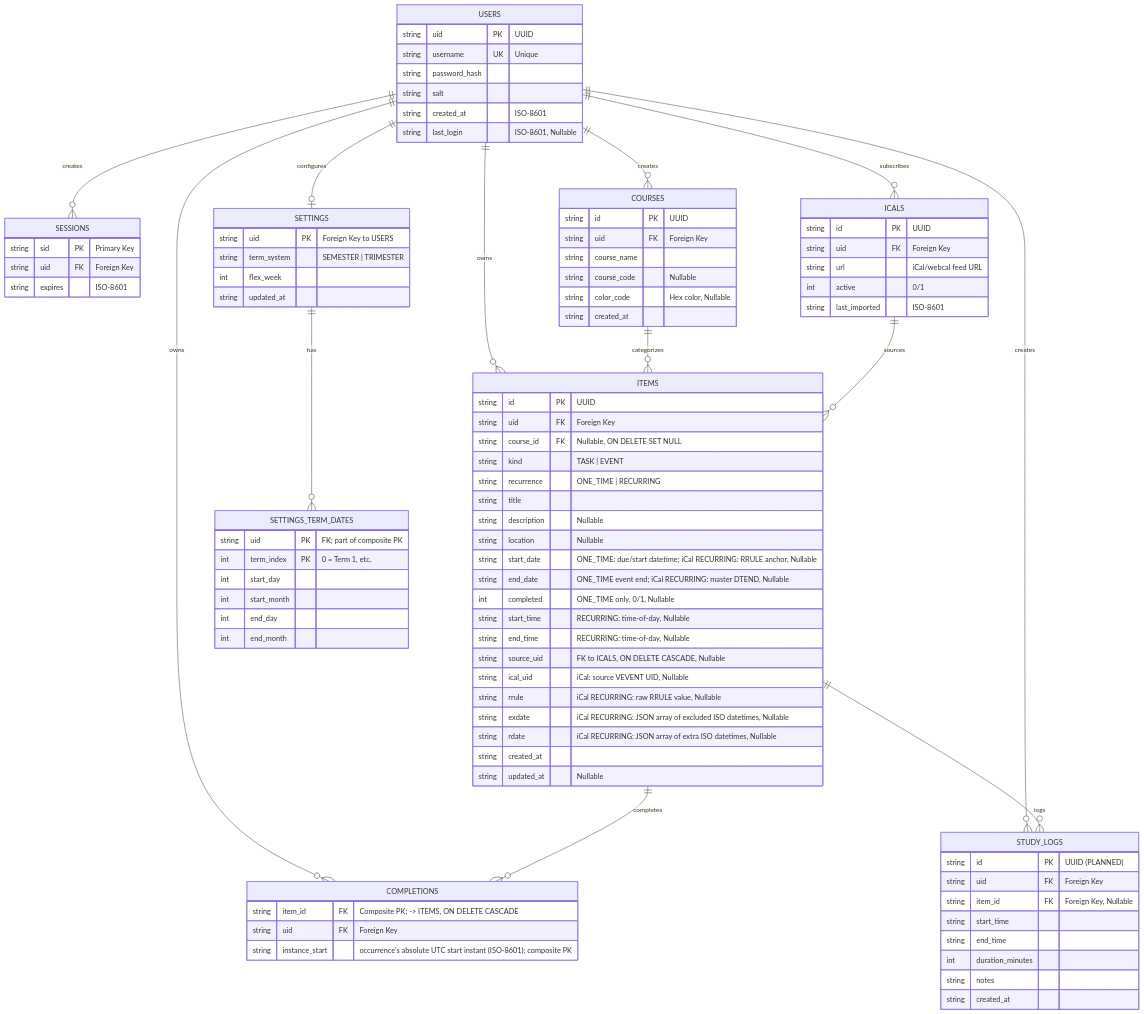
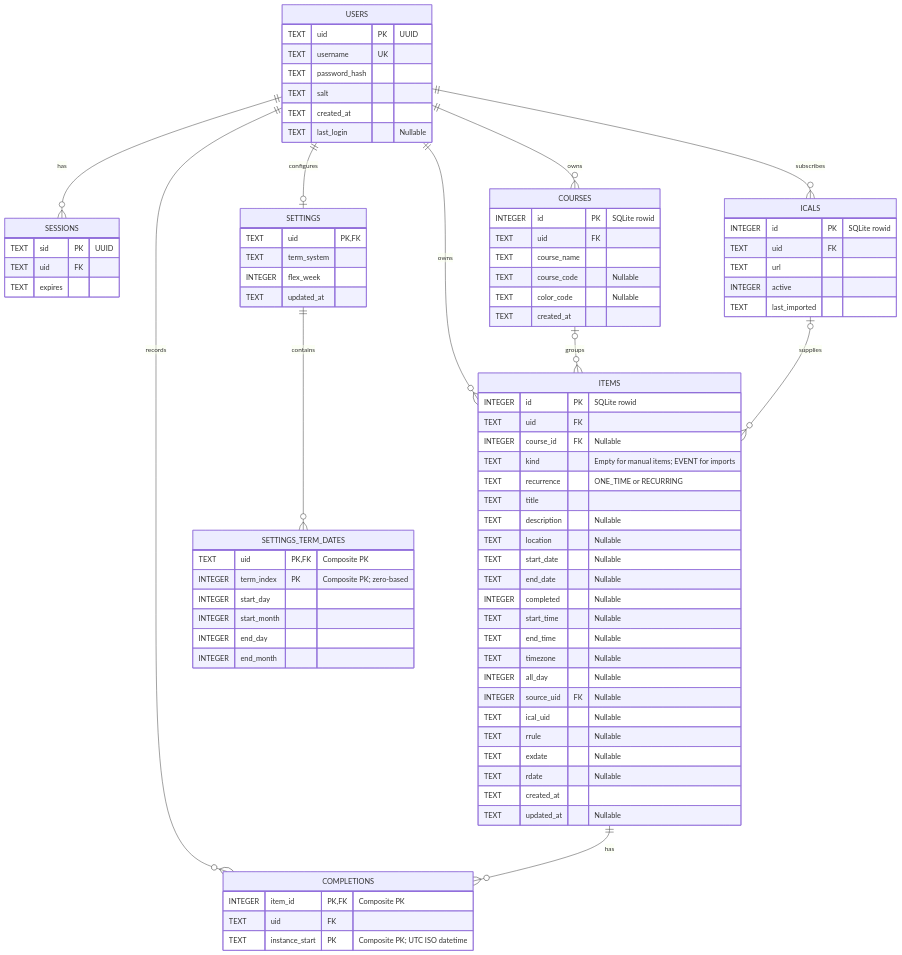
One commit to ParsaSla/Planner-App changed the diagram in DATABASE_SCHEMA_ERD.md. Above: the diagram before and after it, drawn with Mermaid. The commit also changed other lines of this file and 3 other files, not shown here.

````diff
--- a/DATABASE_SCHEMA_ERD.md
+++ b/DATABASE_SCHEMA_ERD.md
@@ -10,103 +9,85 @@
 ```mermaid
 erDiagram
-    USERS ||--o{ SESSIONS : creates
+    USERS ||--o{ SESSIONS : has
+    USERS ||--o{ COURSES : owns
+    USERS ||--o{ ICALS : subscribes
     USERS ||--o{ ITEMS : owns
-    USERS ||--o{ COURSES : creates
-    USERS ||--o{ COMPLETIONS : owns
-    USERS ||--o{ ICALS : subscribes
+    USERS ||--o{ COMPLETIONS : records
     USERS ||--o| SETTINGS : configures
-    USERS ||--o{ STUDY_LOGS : creates
-    COURSES ||--o{ ITEMS : categorizes
-    ICALS ||--o{ ITEMS : sources
-    ITEMS ||--o{ COMPLETIONS : completes
-    ITEMS ||--o{ STUDY_LOGS : logs
-    SETTINGS ||--o{ SETTINGS_TERM_DATES : has
+    COURSES |o--o{ ITEMS : groups
+    ICALS |o--o{ ITEMS : supplies
+    ITEMS ||--o{ COMPLETIONS : has
+    SETTINGS ||--o{ SETTINGS_TERM_DATES : contains
 
     USERS {
-        string uid PK "UUID"
-        string username UK "Unique"
-        string password_hash
-        string salt
-        string created_at "ISO-8601"
-        string last_login "ISO-8601, Nullable"
+        TEXT uid PK "UUID"
+        TEXT username UK
+        TEXT password_hash
+        TEXT salt
+        TEXT created_at
+        TEXT last_login "Nullable"
     }
-
     SESSIONS {
-        string sid PK "Primary Key"
-        string uid FK "Foreign Key"
-        string expires "ISO-8601"
+        TEXT sid PK "UUID"
+        TEXT uid FK
+        TEXT expires
     }
-
+    COURSES {
+        INTEGER id PK "SQLite rowid"
+        TEXT uid FK
+        TEXT course_name
+        TEXT course_code "Nullable"
+        TEXT color_code "Nullable"
+        TEXT created_at
+    }
+    ICALS {
+        INTEGER id PK "SQLite rowid"
+        TEXT uid FK
+        TEXT url
+        INTEGER active
+        TEXT last_imported
+    }
     ITEMS {
-        string id PK "UUID"
-        string uid FK "Foreign Key"
-        string course_id FK "Nullable, ON DELETE SET NULL"
-        string kind "TASK | EVENT"
-        string recurrence "ONE_TIME | RECURRING"
-        string title
-        string description "Nullable"
-        string location "Nullable"
-        string start_date "ONE_TIME: due/start datetime; iCal RECURRING: RRULE anchor, Nullable"
-        string end_date "ONE_TIME event end; iCal RECURRING: master DTEND, Nullable"
-        int completed "ONE_TIME only, 0/1, Nullable"
-        string start_time "RECURRING: time-of-day, Nullable"
-        string end_time "RECURRING: time-of-day, Nullable"
-        string source_uid "FK to ICALS, ON DELETE CASCADE, Nullable"
-        string ical_uid "iCal: source VEVENT UID, Nullable"
-        string rrule "iCal RECURRING: raw RRULE value, Nullable"
-        string exdate "iCal RECURRING: JSON array of excluded ISO datetimes, Nullable"
-        string rdate "iCal RECURRING: JSON array of extra ISO datetimes, Nullable"
-        string created_at
-        string updated_at "Nullable"
+        INTEGER id PK "SQLite rowid"
+        TEXT uid FK
+        INTEGER course_id FK "Nullable"
+        TEXT kind "Empty for manual items; EVENT for imports"
+        TEXT recurrence "ONE_TIME or RECURRING"
+        TEXT title
+        TEXT description "Nullable"
+        TEXT location "Nullable"
+        TEXT start_date "Nullable"
+        TEXT end_date "Nullable"
+        INTEGER completed "Nullable"
+        TEXT start_time "Nullable"
+        TEXT end_time "Nullable"
+        TEXT timezone "Nullable"
+        INTEGER all_day "Nullable"
+        INTEGER source_uid FK "Nullable"
+        TEXT ical_uid "Nullable"
+        TEXT rrule "Nullable"
+        TEXT exdate "Nullable"
+        TEXT rdate "Nullable"
+        TEXT created_at
+        TEXT updated_at "Nullable"
     }
-
-    ICALS {
-        string id PK "UUID"
-        string uid FK "Foreign Key"
-        string url "iCal/webcal feed URL"
-        int active "0/1"
-        string last_imported "ISO-8601"
+    COMPLETIONS {
+        INTEGER item_id PK, FK "Composite PK"
+        TEXT uid FK
+        TEXT instance_start PK "Composite PK; UTC ISO datetime"
     }
-
-    COMPLETIONS {
-        string item_id FK "Composite PK; -> ITEMS, ON DELETE CASCADE"
-        string uid FK "Foreign Key"
-        string instance_start "occurrence's absolute UTC start instant (ISO-8601); composite PK"
+    SETTINGS {
+        TEXT uid PK, FK
+        TEXT term_system
+        INTEGER flex_week
+        TEXT updated_at
     }
-
-    COURSES {
-        string id PK "UUID"
-        string uid FK "Foreign Key"
-        string course_name
-        string course_code "Nullable"
-        string color_code "Hex color, Nullable"
-        string created_at
-    }
-
-    SETTINGS {
-        string uid PK "Foreign Key to USERS"
-        string term_system "SEMESTER | TRIMESTER"
-        int flex_week
-        string updated_at
-    }
-
     SETTINGS_TERM_DATES {
-        string uid PK "FK; part of composite PK"
-        int term_index PK "0 = Term 1, etc."
-        int start_day
-        int start_month
-        int end_day
-        int end_month
-    }
-
-    STUDY_LOGS {
-        string id PK "UUID (PLANNED)"
-        string uid FK "Foreign Key"
-        string item_id FK "Foreign Key, Nullable"
-        string start_time
-        string end_time
-        int duration_minutes
-        string notes
-        string created_at
+        TEXT uid PK, FK "Composite PK"
+        INTEGER term_index PK "Composite PK; zero-based"
+        INTEGER start_day
+        INTEGER start_month
+        INTEGER end_day
+        INTEGER end_month
     }
 ```
````
